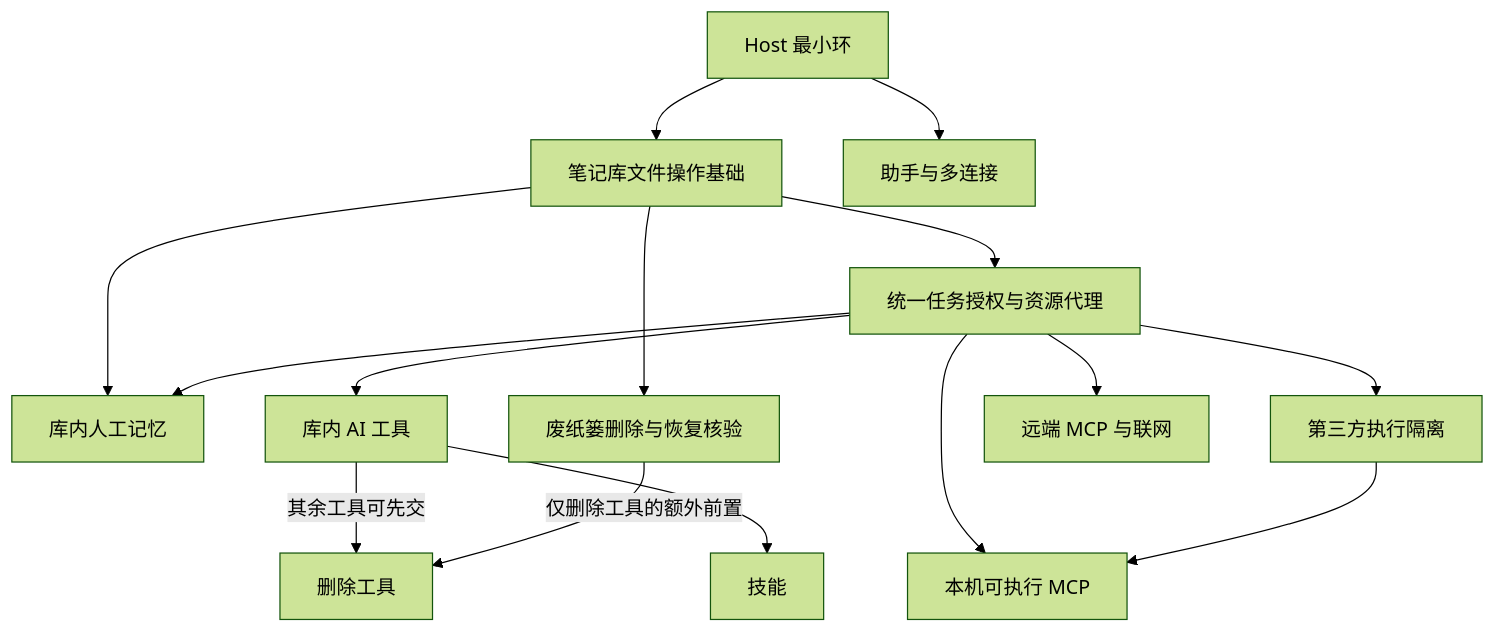
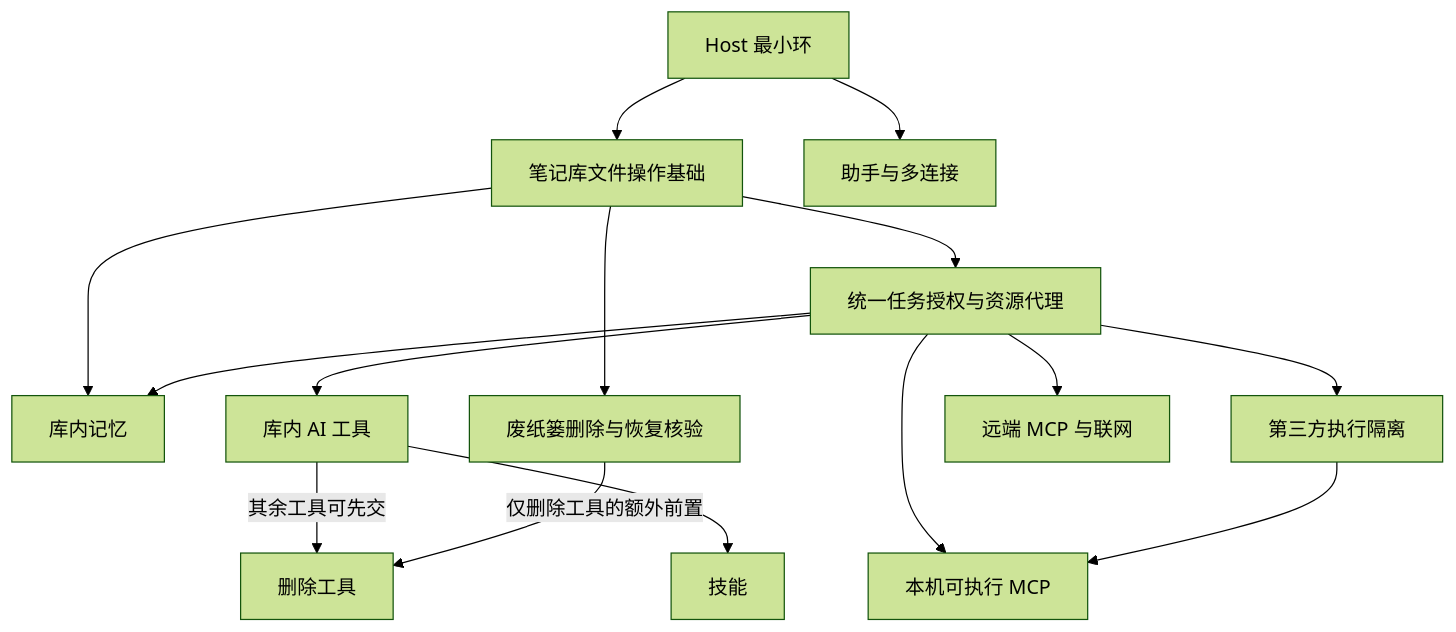
Before and after one commit to skahanium/Rgent: the diagram in docs/build.md, drawn with Mermaid (forest theme). The commit also changed other lines of this file and 8 other files, not shown here.

````diff
--- a/docs/build.md
+++ b/docs/build.md
@@ -107,17 +107,17 @@
 ```mermaid
 flowchart TD
   Host[Host 最小环] --> Lifecycle[笔记库文件操作基础]
   Host --> Assistant[助手与多连接]
   Lifecycle --> Gate[统一任务授权与资源代理]
-  Lifecycle --> Memory[库内人工记忆]
+  Lifecycle --> Memory[库内记忆]
   Gate --> Memory
   Gate --> Tools[库内 AI 工具]
   Lifecycle --> Trash[废纸篓删除与恢复核验]
   Tools -->|其余工具可先交| Delete[删除工具]
   Trash -->|仅删除工具的额外前置| Delete
   Tools --> Skills[技能]
   Gate --> Isolation[第三方执行隔离]
   Gate --> Remote[远端 MCP 与联网]
   Gate --> Local[本机可执行 MCP]
   Isolation --> Local
 ```
````
